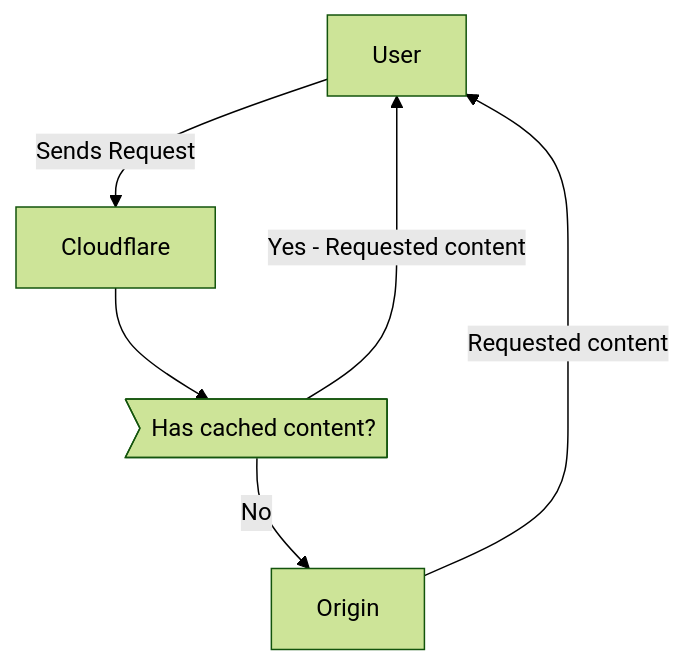
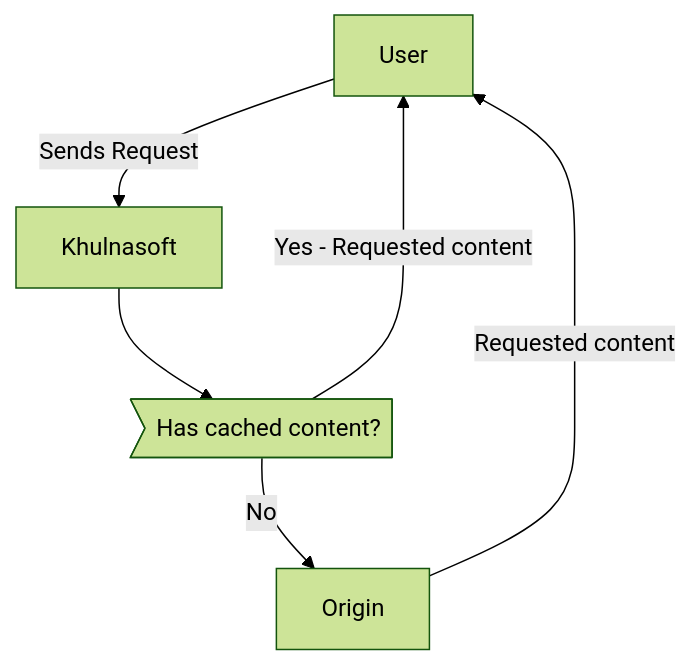
One commit to NxPKG/khulnasoft-docs changed the diagram in content/learning-paths/_partials/_cache-basic-diagram.md. Above: the diagram before and after it, drawn with Mermaid (forest theme). The commit also changed 2914 other files, not shown here.

````diff
--- a/content/learning-paths/_partials/_cache-basic-diagram.md
+++ b/content/learning-paths/_partials/_cache-basic-diagram.md
@@ -8,8 +8,8 @@
 ```mermaid
 flowchart TD;
-    User-->|Sends Request|Cloudflare;
-    Cloudflare-->B>Has cached content?];
+    User-->|Sends Request|Khulnasoft;
+    Khulnasoft-->B>Has cached content?];
     B-->|Yes - Requested content|User;
     B-->|No|Origin;
     Origin-->|Requested content|User;
 ```
````
